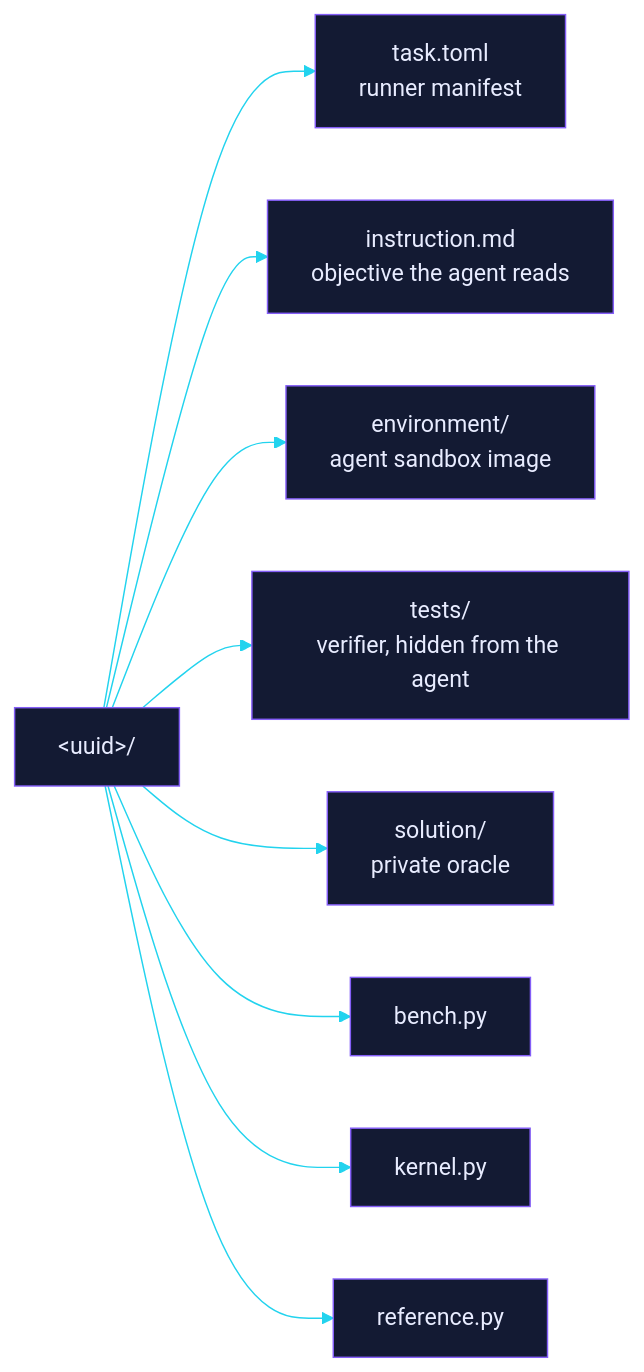
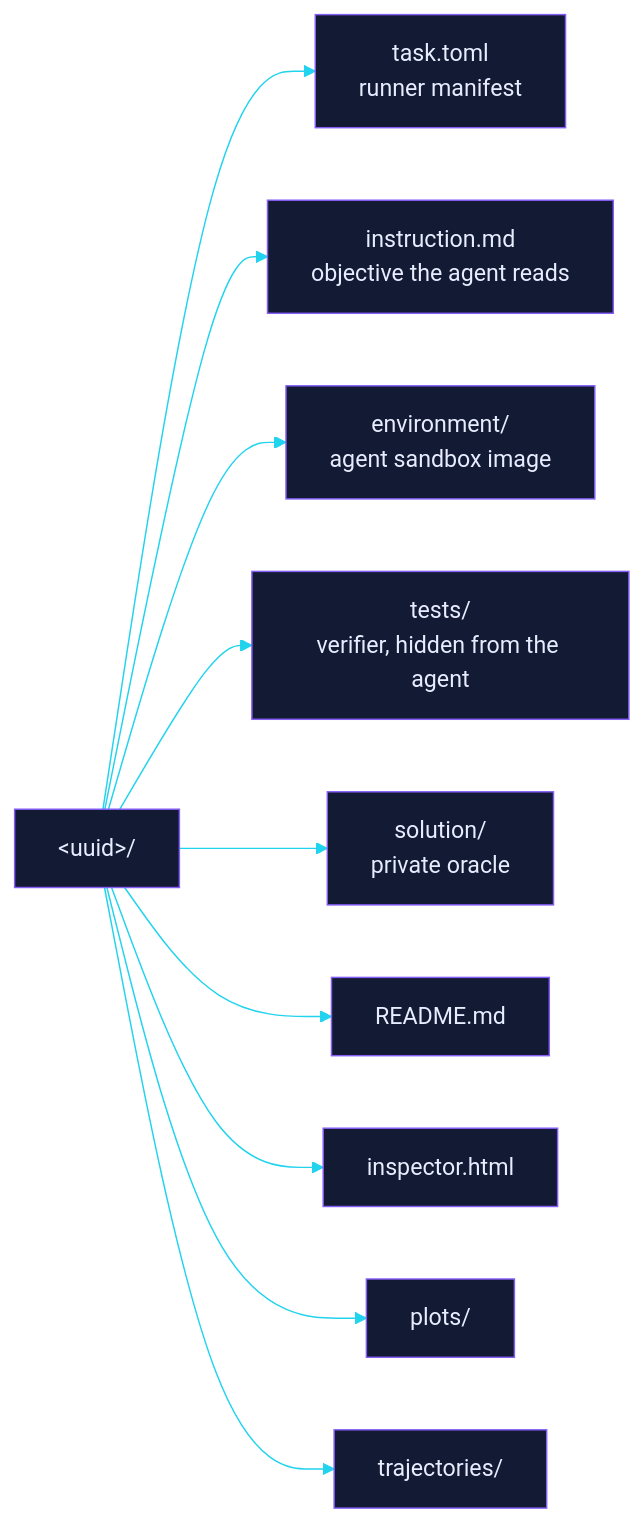
Before and after one commit to EtharaOrion/hephaestus-samples: the first of 2 diagrams in README.md, drawn with Mermaid. The commit also changed other lines of this file and 5293 other files, not shown here.

````diff
--- a/README.md
+++ b/README.md
@@ -109,13 +59,14 @@
 ```mermaid
 %%{init: {"theme":"base","themeVariables":{"primaryColor":"#131a33","primaryTextColor":"#e8ecff","primaryBorderColor":"#845EF7","lineColor":"#22d3ee","fontFamily":"monospace"}}}%%
 flowchart LR
     bundle["&lt;uuid&gt;/"]
     bundle --> n0["task.toml<br/>runner manifest"]
     bundle --> n1["instruction.md<br/>objective the agent reads"]
     bundle --> n2["environment/<br/>agent sandbox image"]
     bundle --> n3["tests/<br/>verifier, hidden from the agent"]
     bundle --> n4["solution/<br/>private oracle"]
-    bundle --> n5["bench.py"]
-    bundle --> n6["kernel.py"]
-    bundle --> n7["reference.py"]
+    bundle --> n5["README.md"]
+    bundle --> n6["inspector.html"]
+    bundle --> n7["plots/"]
+    bundle --> n8["trajectories/"]
 ```
````
